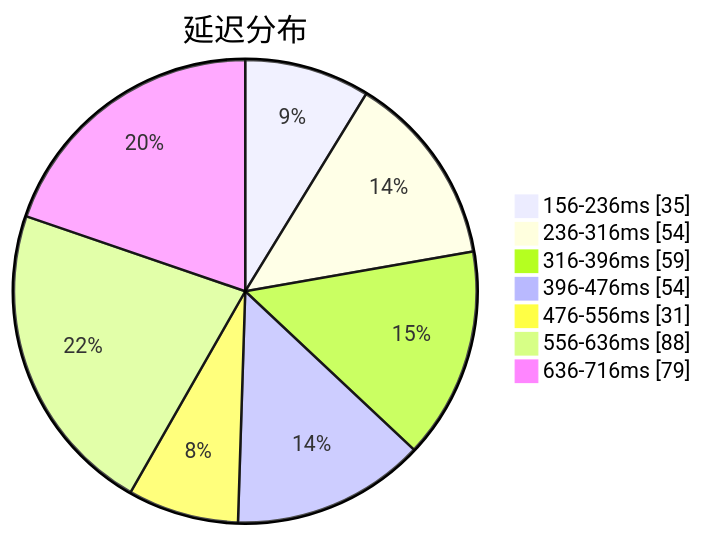
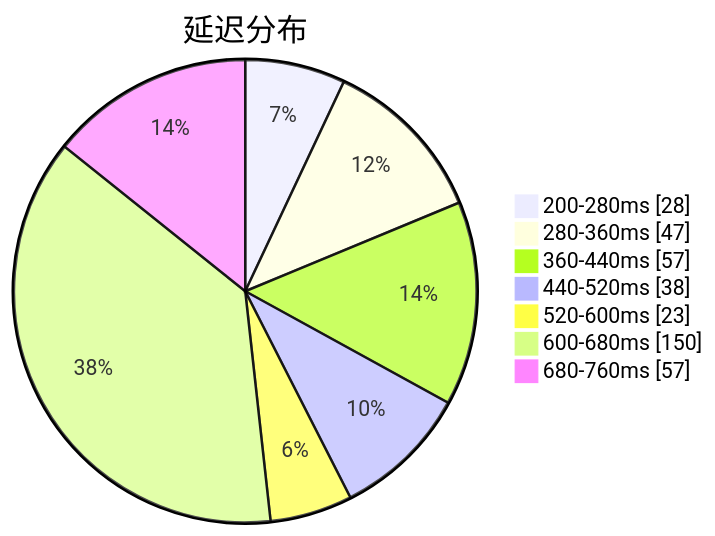
The first of 3 diagrams in subs/statistics/tested_within.md (qjlxg/airport), drawn with Mermaid before and after one commit. The commit also changed other lines of this file and 2 other files, not shown here.

````diff
--- a/subs/statistics/tested_within.md
+++ b/subs/statistics/tested_within.md
@@ -2,11 +2,11 @@
 ```mermaid
 pie showData
 title 延迟分布
-"156-236ms" : 35
-"236-316ms" : 54
-"316-396ms" : 59
-"396-476ms" : 54
-"476-556ms" : 31
-"556-636ms" : 88
-"636-716ms" : 79
+"200-280ms" : 28
+"280-360ms" : 47
+"360-440ms" : 57
+"440-520ms" : 38
+"520-600ms" : 23
+"600-680ms" : 150
+"680-760ms" : 57
 ```
````
